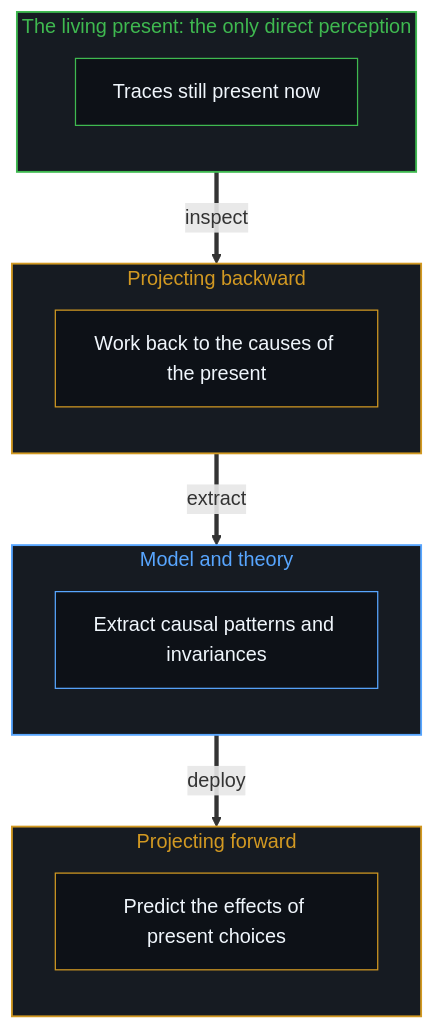
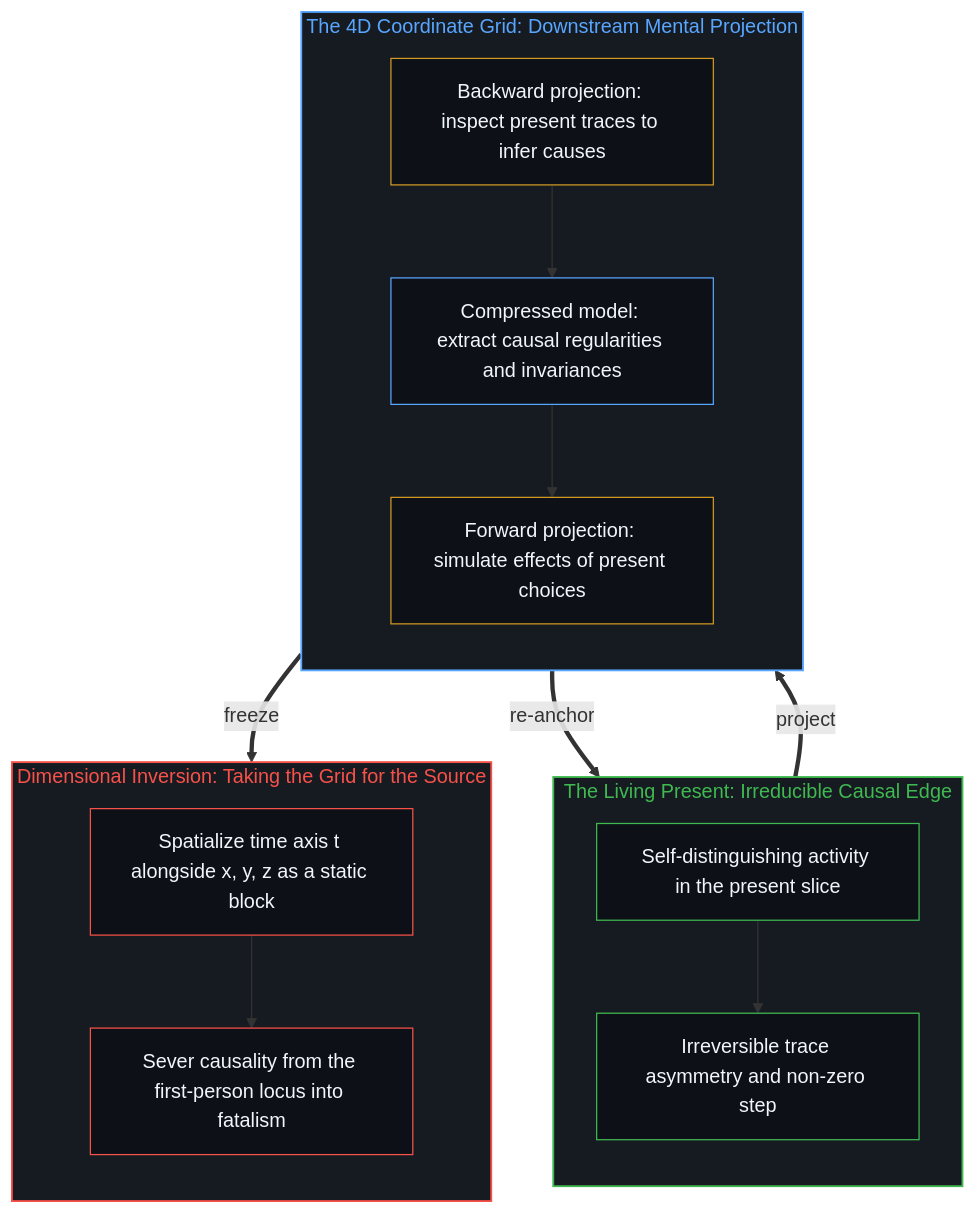
One commit to powerpig99/not-a-toe changed the second of 2 diagrams in content/posts/time-is-causality-not-a-dimension.md. Above: the diagram before and after it, drawn with Mermaid. The commit also changed other lines of this file and 1 other file, not shown here.

Commit message:
Refine Post (Wave 3 L2 #96): time-is-causality-not-a-dimension

````diff
--- a/content/posts/time-is-causality-not-a-dimension.md
+++ b/content/posts/time-is-causality-not-a-dimension.md
@@ -84,30 +89,35 @@
 ```mermaid
 flowchart TD
-    subgraph S_Now["The living present: the only direct perception"]
+    subgraph S_Edge["The Living Present: Irreducible Causal Edge"]
         direction TB
-        N1["Traces still present now"]
+        E1["Self-distinguishing activity in the present slice"]
+        E2["Irreversible trace asymmetry and non-zero step"]
+        E1 --> E2
     end
-    subgraph S_Back["Projecting backward"]
+    subgraph S_Proj["The 4D Coordinate Grid: Downstream Mental Projection"]
         direction TB
-        B1["Work back to the causes of the present"]
+        B1["Backward projection: inspect present traces to infer causes"]
+        M1["Compressed model: extract causal regularities and invariances"]
+        F1["Forward projection: simulate effects of present choices"]
+        B1 --> M1 --> F1
     end
-    subgraph S_Model["Model and theory"]
+    subgraph S_Inv["Dimensional Inversion: Taking the Grid for the Source"]
         direction TB
-        M1["Extract causal patterns and invariances"]
+        I1["Spatialize time axis t alongside x, y, z as a static block"]
+        I2["Sever causality from the first-person locus into fatalism"]
+        I1 --> I2
     end
-    subgraph S_Forward["Projecting forward"]
-        direction TB
-        F1["Predict the effects of present choices"]
-    end
-    N1 ==>|"inspect"| B1
-    B1 ==>|"extract"| M1
-    M1 ==>|"deploy"| F1
-    style S_Now fill:#161b22,stroke:#3fb950,stroke-width:1.5px,color:#3fb950
-    style S_Back fill:#161b22,stroke:#d29922,stroke-width:1.5px,color:#d29922
-    style S_Model fill:#161b22,stroke:#58a6ff,stroke-width:1.5px,color:#58a6ff
-    style S_Forward fill:#161b22,stroke:#d29922,stroke-width:1.5px,color:#d29922
-    style N1 fill:#0d1117,stroke:#3fb950,stroke-width:1px,color:#f0f6fc
+    E2 ==>|"project"| B1
+    F1 ==>|"re-anchor"| E1
+    M1 ==>|"freeze"| I1
+    style S_Edge fill:#161b22,stroke:#3fb950,stroke-width:1.5px,color:#3fb950
+    style S_Proj fill:#161b22,stroke:#58a6ff,stroke-width:1.5px,color:#58a6ff
+    style S_Inv fill:#161b22,stroke:#f85149,stroke-width:1.5px,color:#f85149
+    style E1 fill:#0d1117,stroke:#3fb950,stroke-width:1px,color:#f0f6fc
+    style E2 fill:#0d1117,stroke:#3fb950,stroke-width:1px,color:#f0f6fc
     style B1 fill:#0d1117,stroke:#d29922,stroke-width:1px,color:#f0f6fc
     style M1 fill:#0d1117,stroke:#58a6ff,stroke-width:1px,color:#f0f6fc
     style F1 fill:#0d1117,stroke:#d29922,stroke-width:1px,color:#f0f6fc
+    style I1 fill:#0d1117,stroke:#f85149,stroke-width:1px,color:#f0f6fc
+    style I2 fill:#0d1117,stroke:#f85149,stroke-width:1px,color:#f0f6fc
 ```
````
